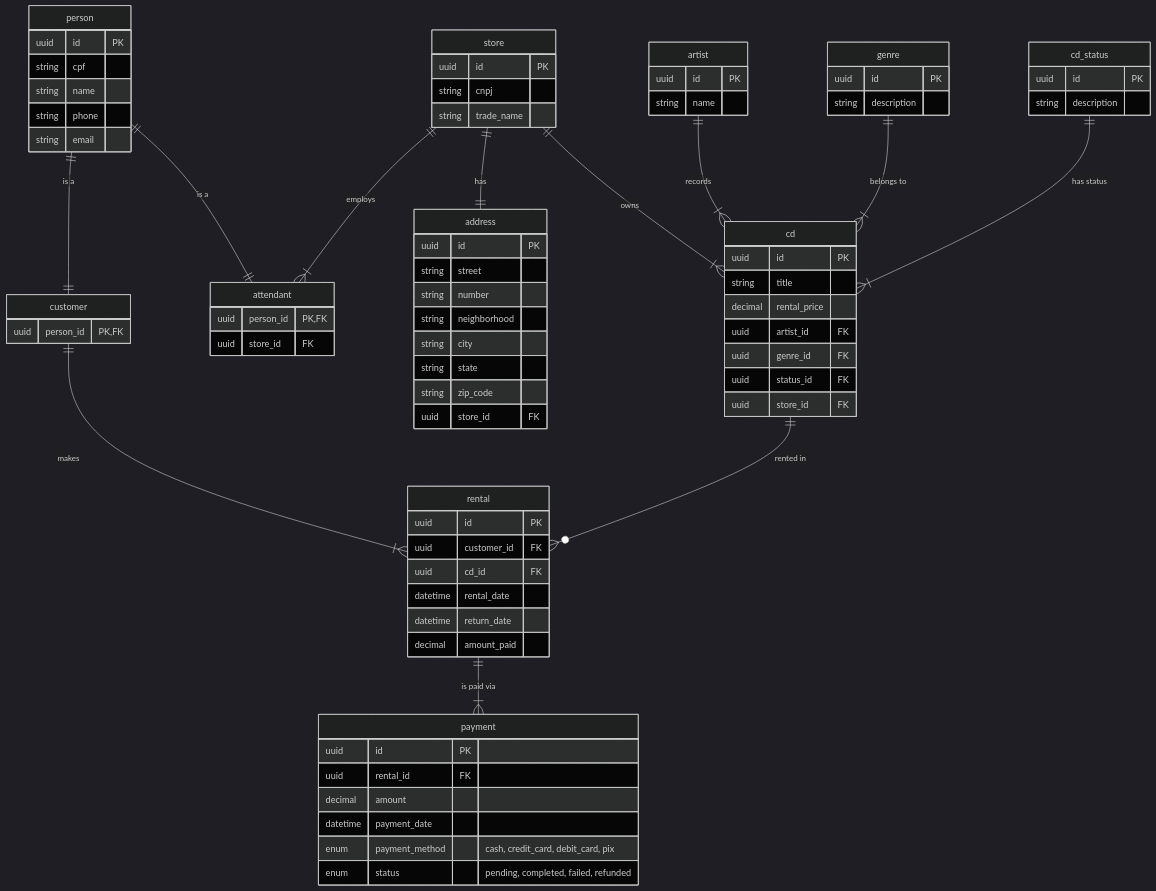
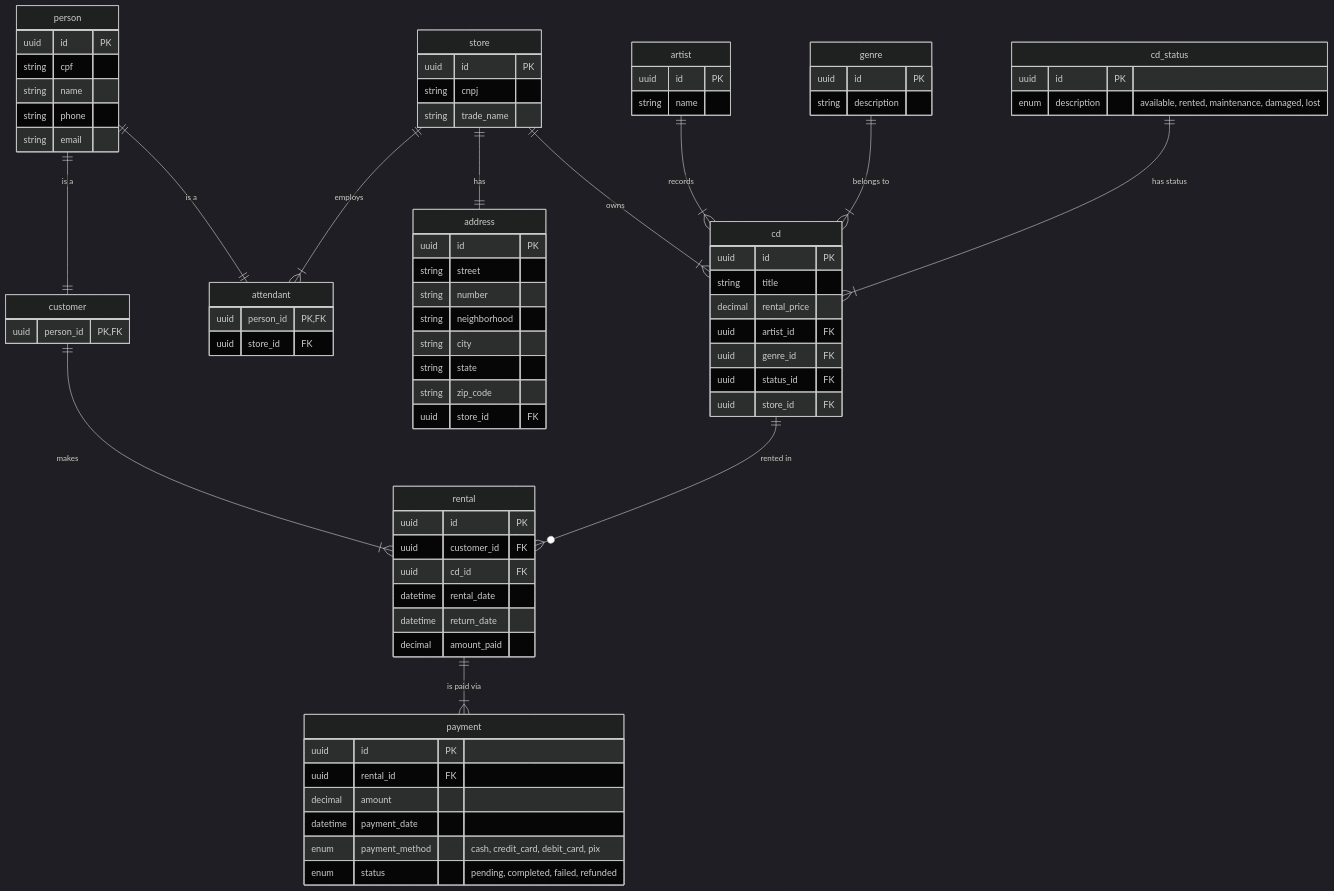
The diagram in README.md (joaomarcosmb/cd-rental), drawn with Mermaid (dark theme) before and after one commit. The commit also changed 17 other files, not shown here.

```diff
--- a/README.md
+++ b/README.md
@@ -66,7 +66,7 @@
 
     cd_status {
         uuid id PK
-        string description
+        enum description "available, rented, maintenance, damaged, lost"
     }
 
     payment {
```
